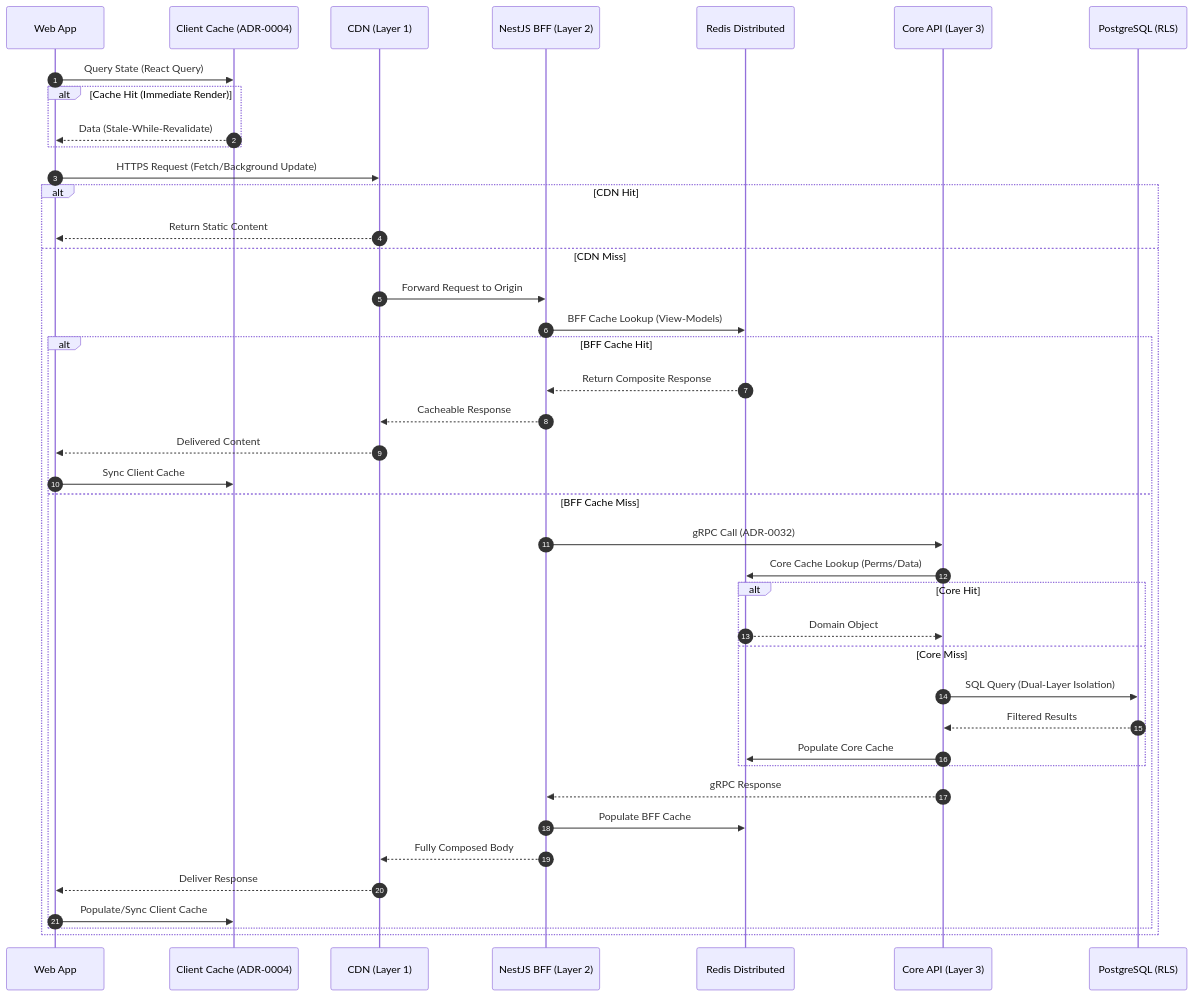
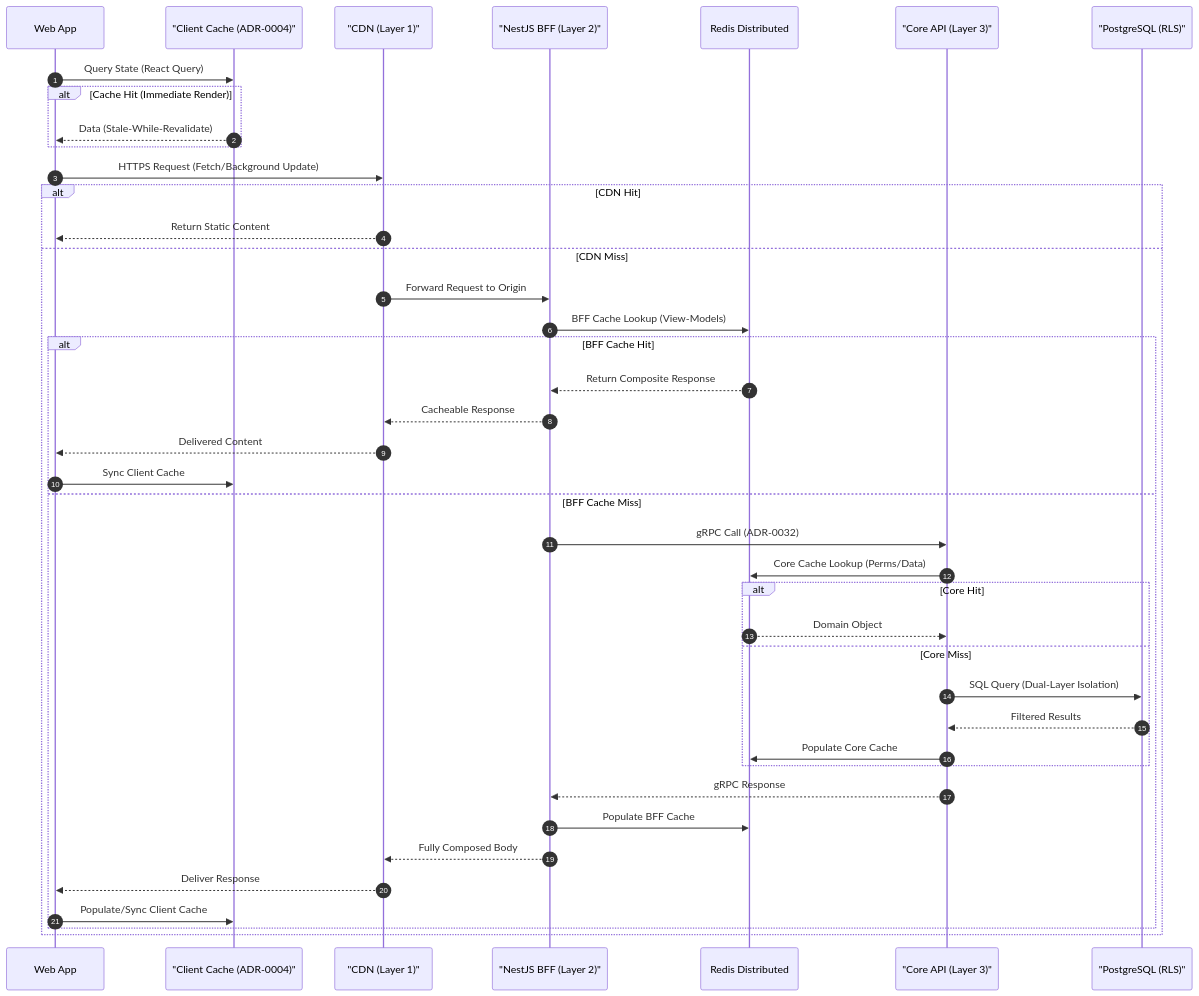
The third of 6 diagrams in reference/architecture/blueprints/reference-blueprint.md (beyondnetcode/arc32_nodejs_progresive_monolith), drawn with Mermaid before and after one commit. The commit also changed other lines of this file and 47 other files, not shown here.

Commit message:
docs: enforce markdown and diagram standards

````diff
--- a/reference/architecture/blueprints/reference-blueprint.md
+++ b/reference/architecture/blueprints/reference-blueprint.md
@@ -270,44 +270,44 @@
 ```mermaid
 sequenceDiagram
  autonumber
  participant C as Web App
- participant CL as Client Cache (ADR-0004)
- participant CDN as CDN (Layer 1)
- participant B as NestJS BFF (Layer 2)
+ participant CL as "Client Cache (ADR-0004)"
+ participant CDN as "CDN (Layer 1)"
+ participant B as "NestJS BFF (Layer 2)"
  participant R as Redis Distributed
- participant A as Core API (Layer 3)
- participant D as PostgreSQL (RLS)
+ participant A as "Core API (Layer 3)"
+ participant D as "PostgreSQL (RLS)"
 
  C->>CL: Query State (React Query)
  alt Cache Hit (Immediate Render)
  CL-->>C: Data (Stale-While-Revalidate)
  end
  C->>CDN: HTTPS Request (Fetch/Background Update)
  alt CDN Hit
  CDN-->>C: Return Static Content
  else CDN Miss
  CDN->>B: Forward Request to Origin
  B->>R: BFF Cache Lookup (View-Models)
  alt BFF Cache Hit
  R-->>B: Return Composite Response
  B-->>CDN: Cacheable Response
  CDN-->>C: Delivered Content
  C->>CL: Sync Client Cache
  else BFF Cache Miss
  B->>A: gRPC Call (ADR-0032)
  A->>R: Core Cache Lookup (Perms/Data)
  alt Core Hit
  R-->>A: Domain Object
  else Core Miss
  A->>D: SQL Query (Dual-Layer Isolation)
  D-->>A: Filtered Results
  A->>R: Populate Core Cache
  end
  A-->>B: gRPC Response
  B->>R: Populate BFF Cache
  B-->>CDN: Fully Composed Body
  CDN-->>C: Deliver Response
  C->>CL: Populate/Sync Client Cache
  end
  end
 ```
````
